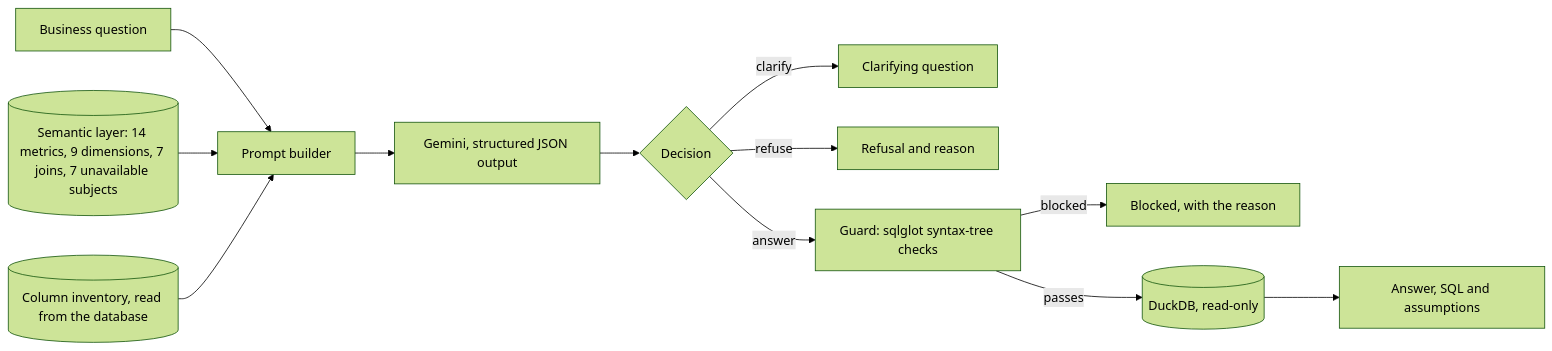
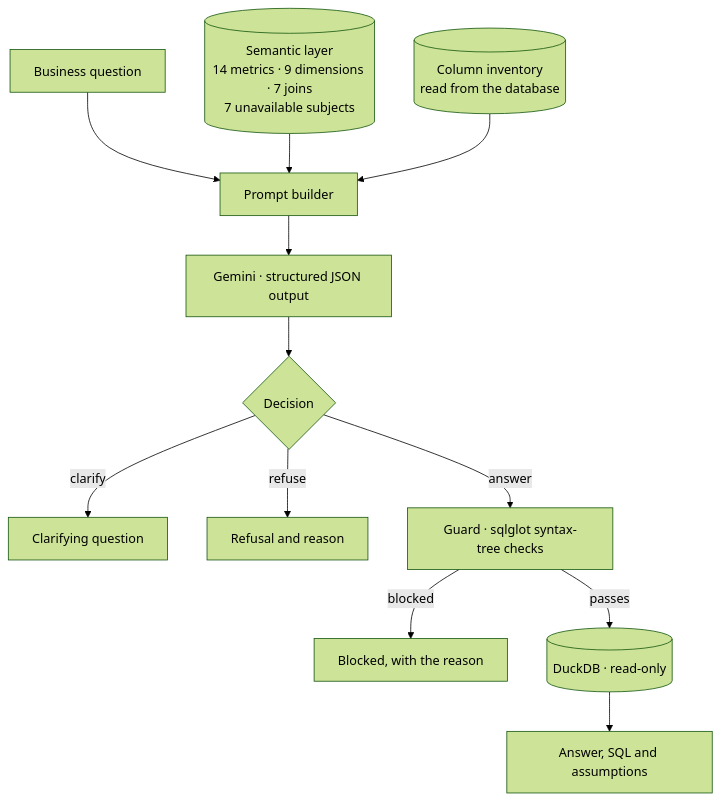
The diagram in README.md (Yesha-Modi/Candor), drawn with Mermaid (forest theme) before and after one commit. The commit also changed other lines of this file, not shown here.

Commit message:
Use a top-down architecture diagram for readability

````diff
--- a/README.md
+++ b/README.md
@@ -192,14 +192,14 @@
 ```mermaid
-flowchart LR
+flowchart TD
     Q["Business question"] --> P["Prompt builder"]
-    SL[("Semantic layer: 14 metrics, 9 dimensions, 7 joins, 7 unavailable subjects")] --> P
-    SC[("Column inventory, read from the database")] --> P
-    P --> M["Gemini, structured JSON output"]
+    SL[("Semantic layer<br>14 metrics · 9 dimensions · 7 joins<br>7 unavailable subjects")] --> P
+    SC[("Column inventory<br>read from the database")] --> P
+    P --> M["Gemini · structured JSON output"]
     M --> D{"Decision"}
     D -- clarify --> C["Clarifying question"]
     D -- refuse --> R["Refusal and reason"]
-    D -- answer --> G["Guard: sqlglot syntax-tree checks"]
+    D -- answer --> G["Guard · sqlglot syntax-tree checks"]
     G -- blocked --> B["Blocked, with the reason"]
-    G -- passes --> DB[("DuckDB, read-only")]
+    G -- passes --> DB[("DuckDB · read-only")]
     DB --> A["Answer, SQL and assumptions"]
 ```
````
